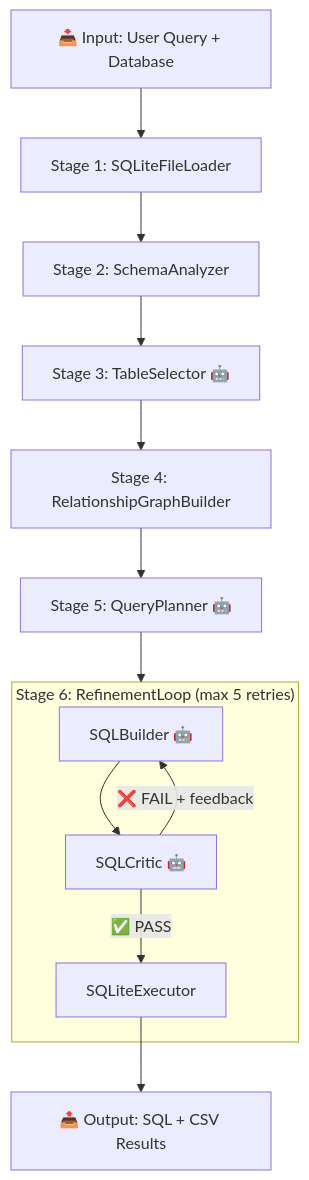
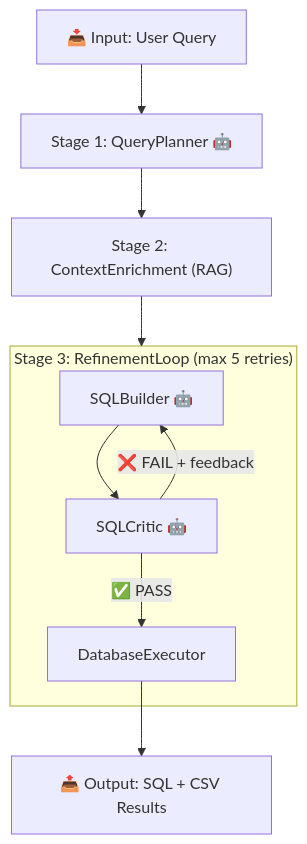
One commit to vikasvijigiri/TT_SQL changed the diagram in ARCHITECTURE.md. Above: the diagram before and after it, drawn with Mermaid. The commit also changed other lines of this file and 209 other files, not shown here.

````diff
--- a/ARCHITECTURE.md
+++ b/ARCHITECTURE.md
@@ -5,17 +5,14 @@
 ```mermaid
 flowchart TD
-    A["📥 Input: User Query + Database"] --> B["Stage 1: SQLiteFileLoader"]
-    B --> C["Stage 2: SchemaAnalyzer"]
-    C --> D["Stage 3: TableSelector 🤖"]
-    D --> E["Stage 4: RelationshipGraphBuilder"]
-    E --> F["Stage 5: QueryPlanner 🤖"]
-    F --> G["Stage 6: RefinementLoop"]
+    A["📥 Input: User Query"] --> B["Stage 1: QueryPlanner 🤖"]
+    B --> C["Stage 2: ContextEnrichment (RAG)"]
+    C --> D["Stage 3: RefinementLoop"]
 
-    subgraph G["Stage 6: RefinementLoop (max 5 retries)"]
-        G1["SQLBuilder 🤖"] --> G2["SQLCritic 🤖"]
-        G2 -->|"❌ FAIL + feedback"| G1
-        G2 -->|"✅ PASS"| G3["SQLiteExecutor"]
+    subgraph D["Stage 3: RefinementLoop (max 5 retries)"]
+        D1["SQLBuilder 🤖"] --> D2["SQLCritic 🤖"]
+        D2 -->|"❌ FAIL + feedback"| D1
+        D2 -->|"✅ PASS"| D3["DatabaseExecutor"]
     end
 
-    G3 --> H["📤 Output: SQL + CSV Results"]
+    D3 --> H["📤 Output: SQL + CSV Results"]
 ```
````
